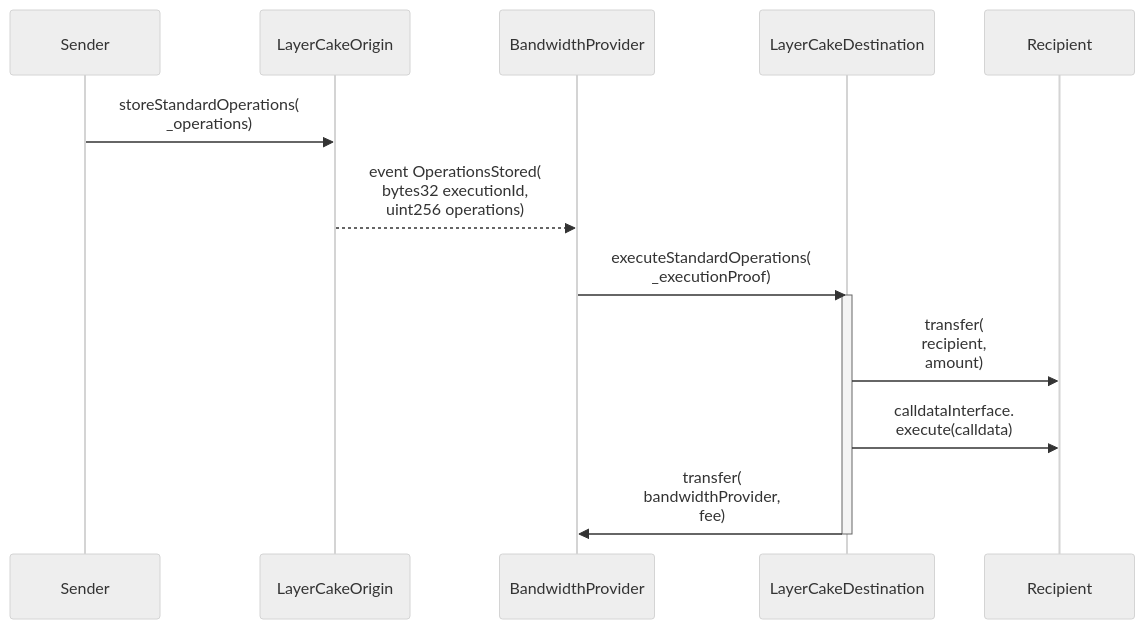
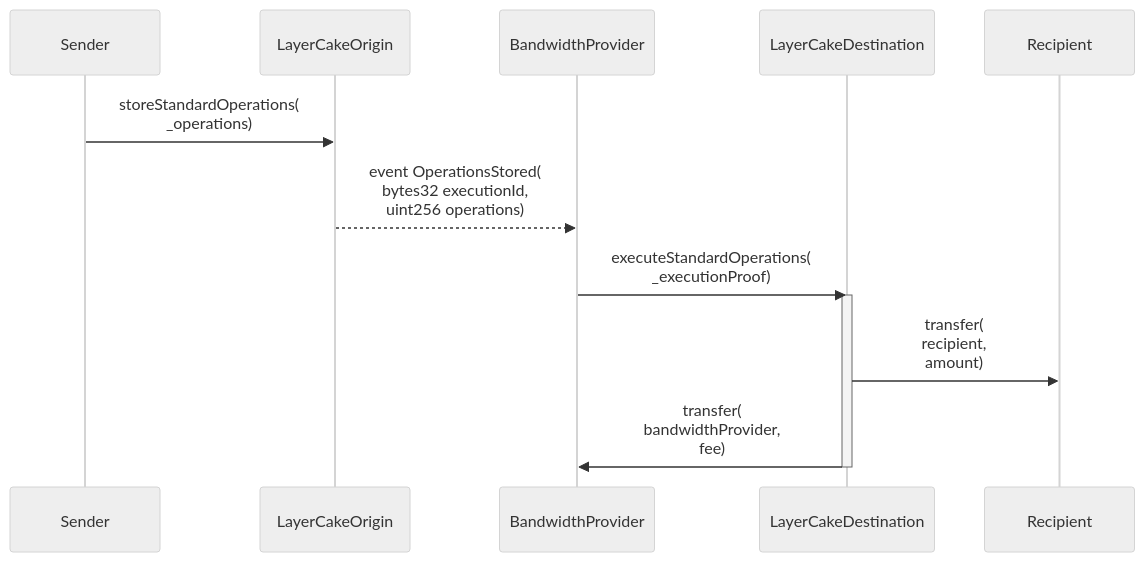
The first of 3 diagrams in docs/yellow-paper.md (flare-labs-ltd/layercake), drawn with Mermaid (neutral theme) before and after one commit. The commit also changed other lines of this file and 3 other files, not shown here.

````diff
--- a/docs/yellow-paper.md
+++ b/docs/yellow-paper.md
@@ -121,16 +96,15 @@
 ```mermaid
 sequenceDiagram
     participant Sender
     participant LayerCakeOrigin
     participant BandwidthProvider
     participant LayerCakeDestination
     participant Recipient
     Sender->>LayerCakeOrigin: storeStandardOperations(<br />_operations);
     LayerCakeOrigin-->>BandwidthProvider: event OperationsStored(<br />bytes32 executionId,<br />uint256 operations);
     BandwidthProvider->>LayerCakeDestination: executeStandardOperations(<br />_executionProof)
     activate LayerCakeDestination
     LayerCakeDestination->>Recipient: transfer(<br />recipient,<br />amount)
-    LayerCakeDestination->>Recipient: calldataInterface.<br />execute(calldata)
     LayerCakeDestination->>BandwidthProvider: transfer(<br />bandwidthProvider,<br />fee)
     deactivate LayerCakeDestination
 ```
````
